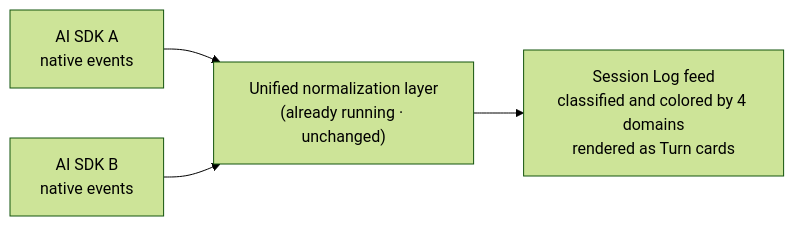
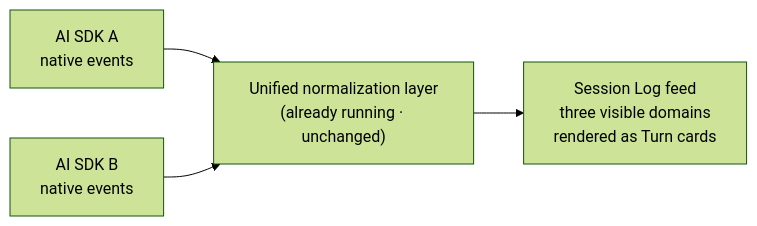
Before and after one commit to langgenius/mosoo: the first of 2 diagrams in docs/prd/session-log.md, drawn with Mermaid (forest theme). The commit also changed other lines of this file and 66 other files, not shown here.

````diff
--- a/docs/prd/session-log.md
+++ b/docs/prd/session-log.md
@@ -56,6 +72,6 @@
 ```mermaid
 flowchart LR
   Vendor1["AI SDK A<br/>native events"] --> Adapter["Unified normalization layer<br/>(already running · unchanged)"]
   Vendor2["AI SDK B<br/>native events"] --> Adapter
-  Adapter --> Feed["Session Log feed<br/>classified and colored by 4 domains<br/>rendered as Turn cards"]
+  Adapter --> Feed["Session Log feed<br/>three visible domains<br/>rendered as Turn cards"]
 ```
````
